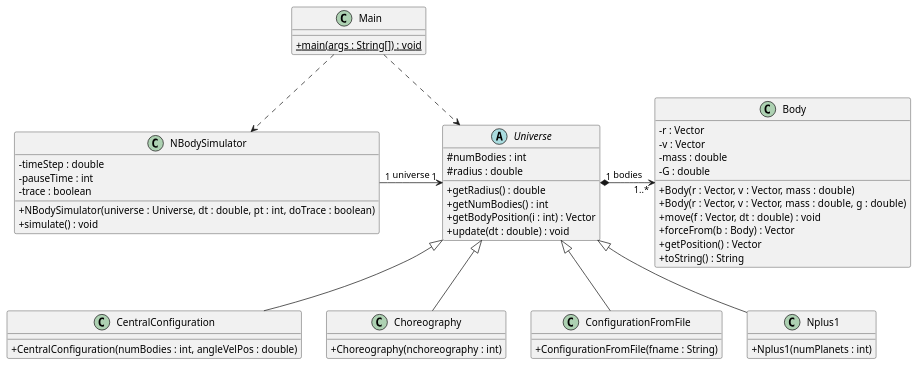
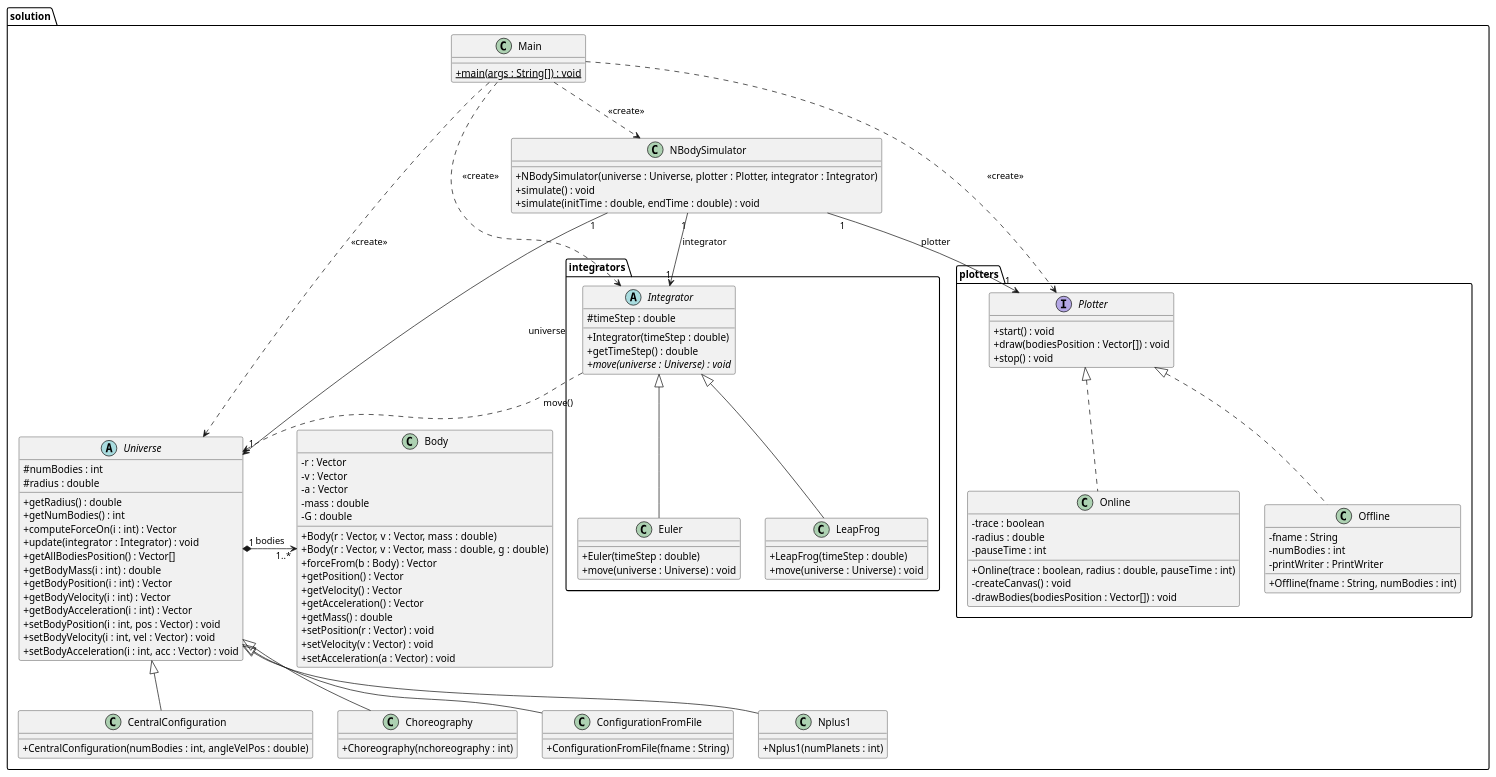
Before and after one commit to DRodriguezArenas/DS: the diagram in nbody1/src/solution/modelSolution.puml, drawn with PlantUML. The commit also changed 11 other files, not shown here.

First line of the commit message:
Part 2: selectable integrators and plotters, updated UML and answers

```diff
--- a/nbody1/src/solution/modelSolution.puml
+++ b/nbody1/src/solution/modelSolution.puml
@@ -1,65 +1,135 @@
 @startuml
 
 skinparam classAttributeIconSize 0
 
+package solution {
+
+class Main {
+{static} + main(args : String[]) : void
+}
+
+class NBodySimulator {
++ NBodySimulator(universe : Universe, plotter : Plotter, integrator : Integrator)
++ simulate() : void
++ simulate(initTime : double, endTime : double) : void
+}
+
 abstract class Universe {
-#numBodies : int
-#radius : double
+# numBodies : int
+# radius : double
 + getRadius() : double
 + getNumBodies() : int
++ computeForceOn(i : int) : Vector
++ update(integrator : Integrator) : void
++ getAllBodiesPosition() : Vector[]
++ getBodyMass(i : int) : double
 + getBodyPosition(i : int) : Vector
-+ update(dt : double) : void
++ getBodyVelocity(i : int) : Vector
++ getBodyAcceleration(i : int) : Vector
++ setBodyPosition(i : int, pos : Vector) : void
++ setBodyVelocity(i : int, vel : Vector) : void
++ setBodyAcceleration(i : int, acc : Vector) : void
 }
 
 class CentralConfiguration {
 + CentralConfiguration(numBodies : int, angleVelPos : double)
 }
 
 class Choreography {
 + Choreography(nchoreography : int)
 }
 
 class ConfigurationFromFile {
 + ConfigurationFromFile(fname : String)
 }
 
 class Nplus1 {
 + Nplus1(numPlanets : int)
 }
 
 class Body {
 - r : Vector
 - v : Vector
+- a : Vector
 - mass : double
 - G : double
 + Body(r : Vector, v : Vector, mass : double)
 + Body(r : Vector, v : Vector, mass : double, g : double)
-+ move(f : Vector, dt : double) : void
 + forceFrom(b : Body) : Vector
 + getPosition() : Vector
-+ toString() : String
++ getVelocity() : Vector
++ getAcceleration() : Vector
++ getMass() : double
++ setPosition(r : Vector) : void
++ setVelocity(v : Vector) : void
++ setAcceleration(a : Vector) : void
+}
 }
 
-class NBodySimulator {
-- timeStep : double
-- pauseTime : int
-- trace : boolean
-+ NBodySimulator(universe : Universe, dt : double, pt : int, doTrace : boolean)
-+ simulate() : void
+package solution.integrators {
+
+abstract class Integrator {
+# timeStep : double
++ Integrator(timeStep : double)
++ getTimeStep() : double
++ {abstract} move(universe : Universe) : void
 }
 
-class Main {
-{static} + main(args : String[]) : void
+class Euler {
++ Euler(timeStep : double)
++ move(universe : Universe) : void
+}
+
+class LeapFrog {
++ LeapFrog(timeStep : double)
++ move(universe : Universe) : void
+}
+}
+
+package solution.plotters {
+
+interface Plotter {
++ start() : void
++ draw(bodiesPosition : Vector[]) : void
++ stop() : void
+}
+
+class Online {
+- trace : boolean
+- radius : double
+- pauseTime : int
++ Online(trace : boolean, radius : double, pauseTime : int)
+- createCanvas() : void
+- drawBodies(bodiesPosition : Vector[]) : void
+}
+
+class Offline {
+- fname : String
+- numBodies : int
+- printWriter : PrintWriter
++ Offline(fname : String, numBodies : int)
+}
 }
 
 Universe <|-- CentralConfiguration
 Universe <|-- Choreography
 Universe <|-- ConfigurationFromFile
 Universe <|-- Nplus1
+Universe "1" *-> "1..*" Body : bodies
 
-Universe "1" *-> "1..*" Body : bodies
-NBodySimulator "1" -> "1" Universe : universe
-Main ..> Universe
-Main ..> NBodySimulator
+Integrator <|-- Euler
+Integrator <|-- LeapFrog
+Plotter <|.. Online
+Plotter <|.. Offline
+
+NBodySimulator "1" --> "1" Universe : universe
+NBodySimulator "1" --> "1" Integrator : integrator
+NBodySimulator "1" --> "1" Plotter : plotter
+Integrator ..> Universe : move()
+
+Main ..> Universe : <<create>>
+Main ..> Integrator : <<create>>
+Main ..> Plotter : <<create>>
+Main ..> NBodySimulator : <<create>>
 
 @enduml
```
